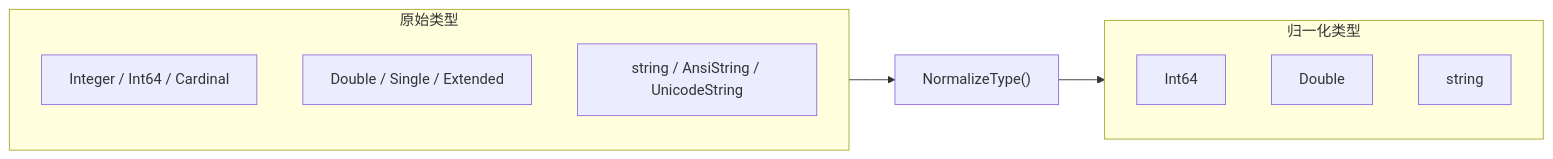
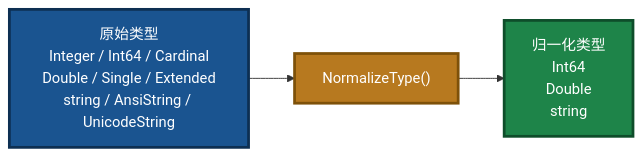
One commit to PassByYou888/LingoFuse-pasAgent changed diagram 12 of 16 in LingoFuse_Python_Binding_Migration_Record.md. Above: the diagram before and after it, drawn with Mermaid. The commit also changed other lines of this file, not shown here.

````diff
--- a/LingoFuse_Python_Binding_Migration_Record.md
+++ b/LingoFuse_Python_Binding_Migration_Record.md
@@ -369,16 +394,9 @@
 ```mermaid
 flowchart LR
-    subgraph Input["原始类型"]
-        I1["Integer / Int64 / Cardinal"]
-        I2["Double / Single / Extended"]
-        I3["string / AnsiString / UnicodeString"]
-    end
+    A["原始类型<br/>Integer / Int64 / Cardinal<br/>Double / Single / Extended<br/>string / AnsiString / UnicodeString"] --> B["NormalizeType()"]
+    B --> C["归一化类型<br/>Int64<br/>Double<br/>string"]
 
-    subgraph Output["归一化类型"]
-        O1["Int64"]
-        O2["Double"]
-        O3["string"]
-    end
-
-    Input --> Normalize["NormalizeType()"] --> Output
+    style A fill:#1A5490,stroke:#0D2F52,stroke-width:3px,color:#FFFFFF
+    style B fill:#B7791F,stroke:#7E5109,stroke-width:3px,color:#FFFFFF
+    style C fill:#1E8449,stroke:#0E4D2A,stroke-width:3px,color:#FFFFFF
 ```
````
